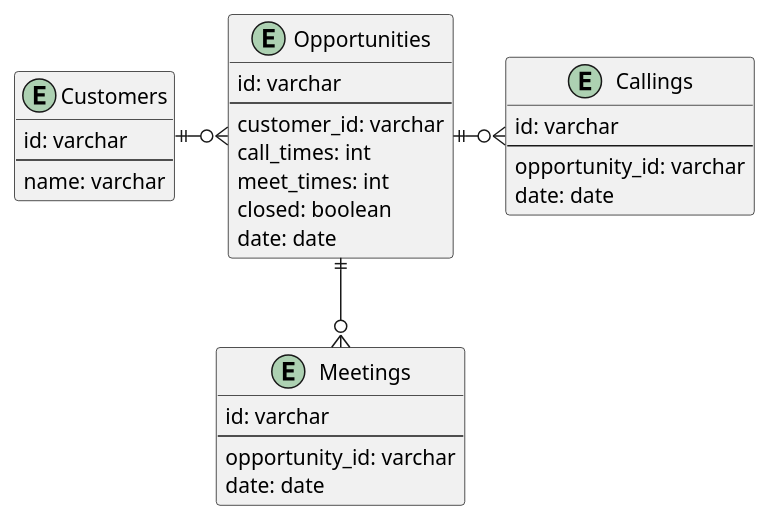
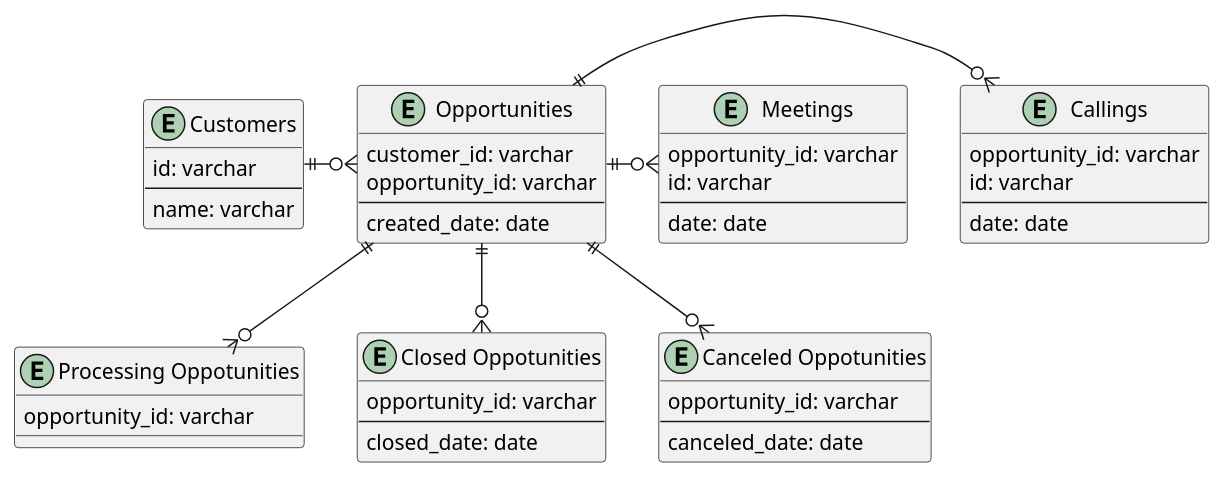
One commit to cashev/praha-challenge changed the diagram in sql-antipatterns/lesson05/tasks.pu. Above: the diagram before and after it, drawn with PlantUML. The commit also changed 1 other file, not shown here.

```diff
--- a/sql-antipatterns/lesson05/tasks.pu
+++ b/sql-antipatterns/lesson05/tasks.pu
@@ -5,52 +5,74 @@
 @startuml
 
 /'
   顧客
 '/
 entity "Customers" as customers {
     id: varchar
     --
     name: varchar
 }
 
 /'
   商談
-  call_times(電話回数)、meet_times(面談回数)は
-  電話、面談に挿入する度に+1更新する
-  -> Countでも良さそう
 '/
 entity "Opportunities" as opportunities {
-    id: varchar
+    customer_id: varchar
+    opportunity_id: varchar
     --
-    customer_id: varchar
-    call_times: int
-    meet_times: int
-    closed: boolean
-    date: date
+    created_date: date
+}
+
+/'
+  商談中
+'/
+entity "Processing Oppotunities" as processing_opportunities {
+    opportunity_id: varchar
+}
+
+/'
+  成立した商談
+'/
+entity "Closed Oppotunities" as closed_opportunities {
+    opportunity_id: varchar
+    --
+    closed_date: date
+}
+
+/'
+  キャンセルされた商談
+'/
+entity "Canceled Oppotunities" as canceled_opportunites {
+    opportunity_id: varchar
+    --
+    canceled_date: date
 }
 
 /'
   電話
 '/
 entity "Callings" as callings {
+    opportunity_id: varchar
     id: varchar
     --
-    opportunity_id: varchar
     date: date
 }
 
 /'
   面談
 '/
 entity "Meetings" as meetings {
+    opportunity_id: varchar
     id: varchar
     --
-    opportunity_id: varchar
     date: date
 }
 
 customers ||-ri--o{ opportunities
+opportunities ||-do-o{ processing_opportunities
+opportunities ||-do-o{ closed_opportunities
+opportunities ||-do-o{ canceled_opportunites
 opportunities ||-ri-o{ callings
-opportunities ||-do-o{ meetings
+opportunities ||-ri-o{ meetings
 
 @enduml
```
